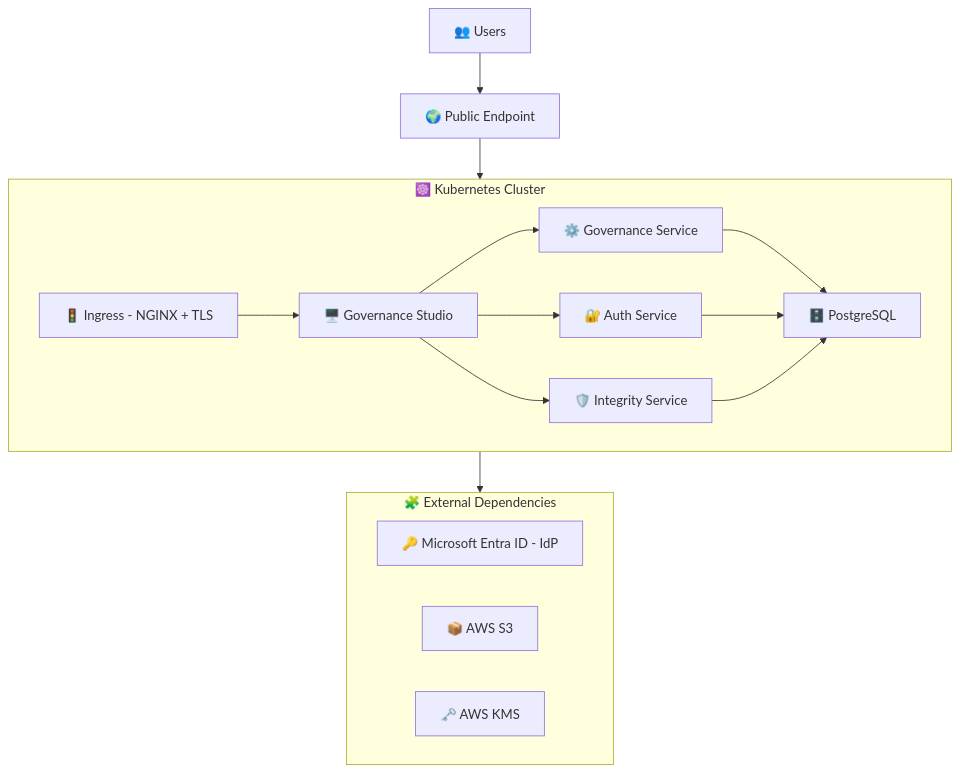
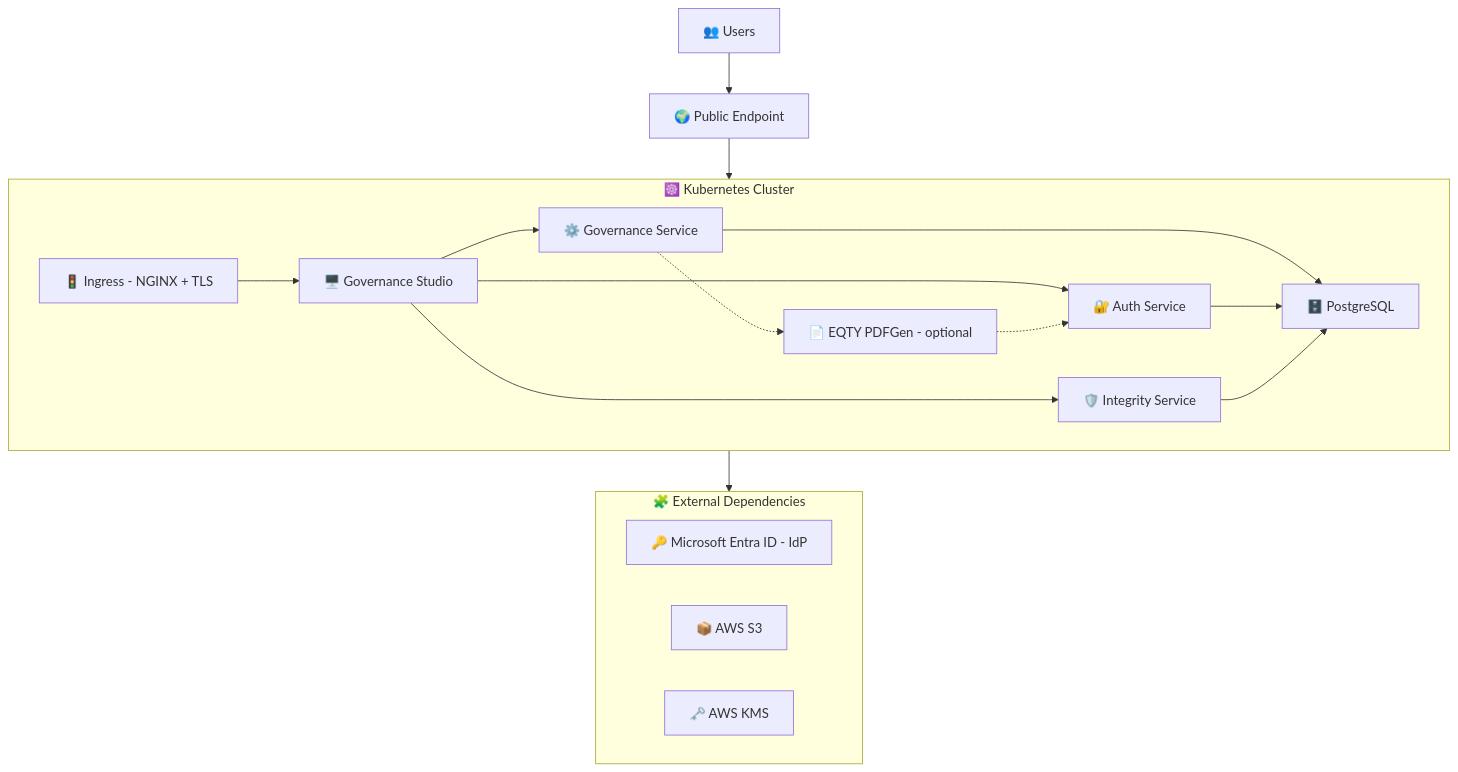
Before and after one commit to eqtylab/deployment: the diagram in docs/entra/deployment-guide-aws.md, drawn with Mermaid. The commit also changed other lines of this file and 30 other files, not shown here.

````diff
--- a/docs/entra/deployment-guide-aws.md
+++ b/docs/entra/deployment-guide-aws.md
@@ -29,26 +29,29 @@
 ```mermaid
 flowchart TD
 
   A[👥 Users] --> PE[🌍 Public Endpoint]
   PE --> K8s
 
   subgraph K8s[☸️ Kubernetes Cluster]
     I[🚦 Ingress - NGINX + TLS] --> GS[🖥️ Governance Studio]
 
     GS --> GSV[⚙️ Governance Service]
     GS --> AUTH[🔐 Auth Service]
     GS --> INT[🛡️ Integrity Service]
+
+    GSV -.-> PDF[📄 EQTY PDFGen - optional]
+    PDF -.-> AUTH
 
     GSV --> DB[🗄️ PostgreSQL]
     AUTH --> DB
     INT --> DB
   end
 
   subgraph EXT[🧩 External Dependencies]
     ENTRA[🔑 Microsoft Entra ID - IdP]
     OS[📦 AWS S3]
     KM[🗝️ AWS KMS]
   end
 
   K8s --> EXT
 ```
````
